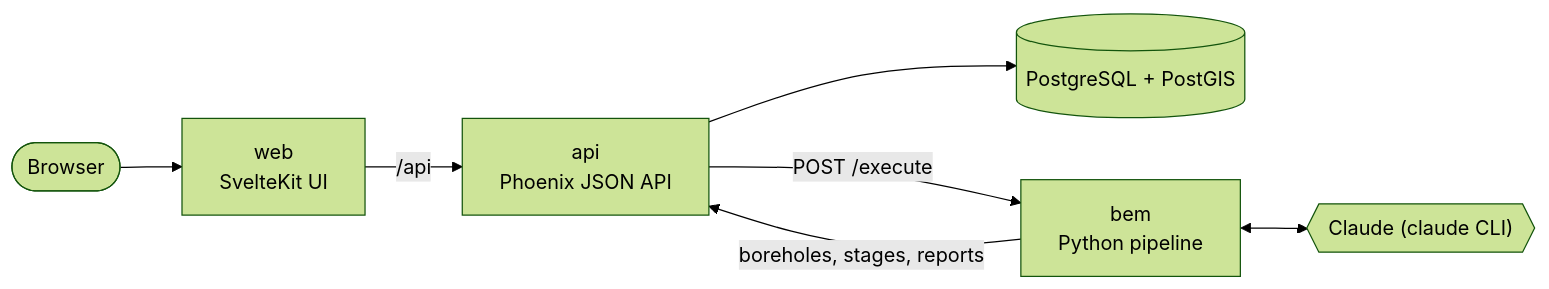
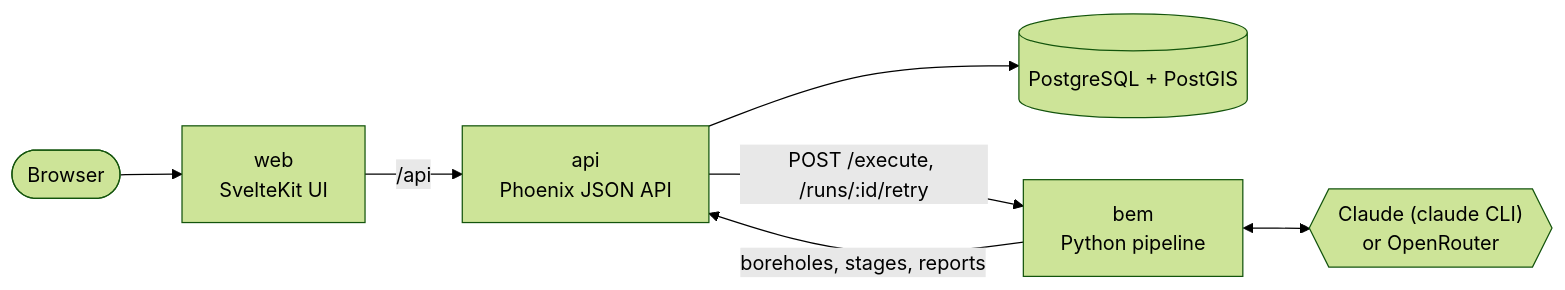
The diagram in README.md (t-kelsey/smart-automation), drawn with Mermaid (forest theme) before and after one commit. The commit also changed other lines of this file and 5 other files, not shown here.

````diff
--- a/README.md
+++ b/README.md
@@ -57,9 +59,9 @@
 ```mermaid
 flowchart LR
     user([Browser]) --> web
     web["web<br/>SvelteKit UI"] -->|/api| api
     api["api<br/>Phoenix JSON API"] --> db[("PostgreSQL + PostGIS")]
-    api -->|"POST /execute"| bem
+    api -->|"POST /execute, /runs/:id/retry"| bem
     bem["bem<br/>Python pipeline"] -->|"boreholes, stages, reports"| api
-    bem <--> llm{{"Claude (claude CLI)"}}
+    bem <--> llm{{"Claude (claude CLI)<br/>or OpenRouter"}}
 ```
````
